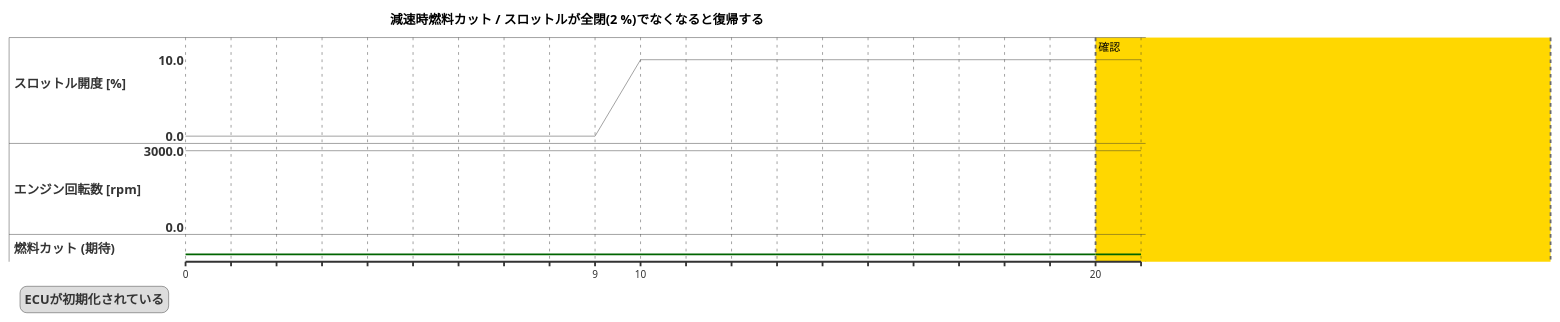
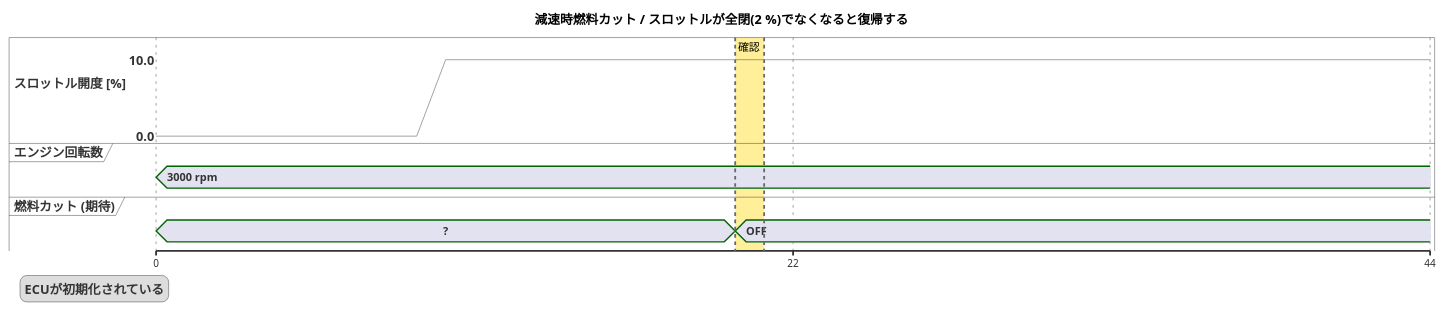
The diagram in charts/decel_fuel_cut/スロットルが全閉(2_%)でなくなると復帰する.puml (YitKubo/poc_bdd), drawn with PlantUML before and after one commit. The commit also changed 89 other files, not shown here.

```diff
--- a/charts/decel_fuel_cut/スロットルが全閉(2_%)でなくなると復帰する.puml
+++ b/charts/decel_fuel_cut/スロットルが全閉(2_%)でなくなると復帰する.puml
@@ -1,23 +1,26 @@
 @startuml
 skinparam defaultFontName IPAGothic
 title 減速時燃料カット / スロットルが全閉(2 %)でなくなると復帰する
+scale 22 as 700 pixels
 legend left
   ECUが初期化されている
 endlegend
 analog "スロットル開度 [%]" between 0 and 10 as s0
-analog "エンジン回転数 [rpm]" between 0 and 3000 as s1
-binary "燃料カット (期待)" as s2
+concise "エンジン回転数" as s1
+concise "燃料カット (期待)" as s2
 
 @0
 s0 is 0
-s1 is 3000
+s1 is "3000 rpm"
+s2 is "?"
 @9
 s0 is 0
 @10
 s0 is 10
 @20
+s2 is "OFF"
+@22
 s0 is 10
-s1 is 3000
-s2 is low
-highlight 20 to 30 #Gold;line:DimGrey : 確認
+@22
+highlight 20 to 21 #FFD70066;line:DimGrey : 確認
 @enduml
```
